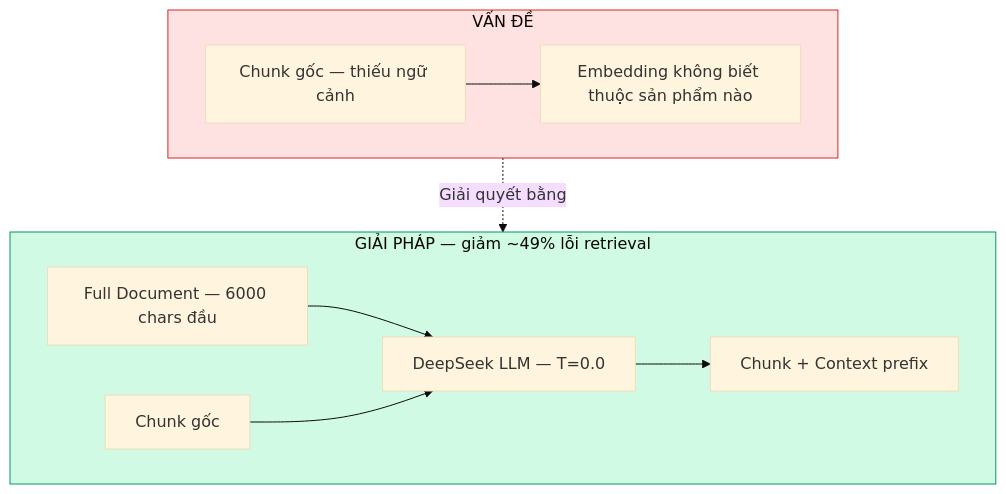
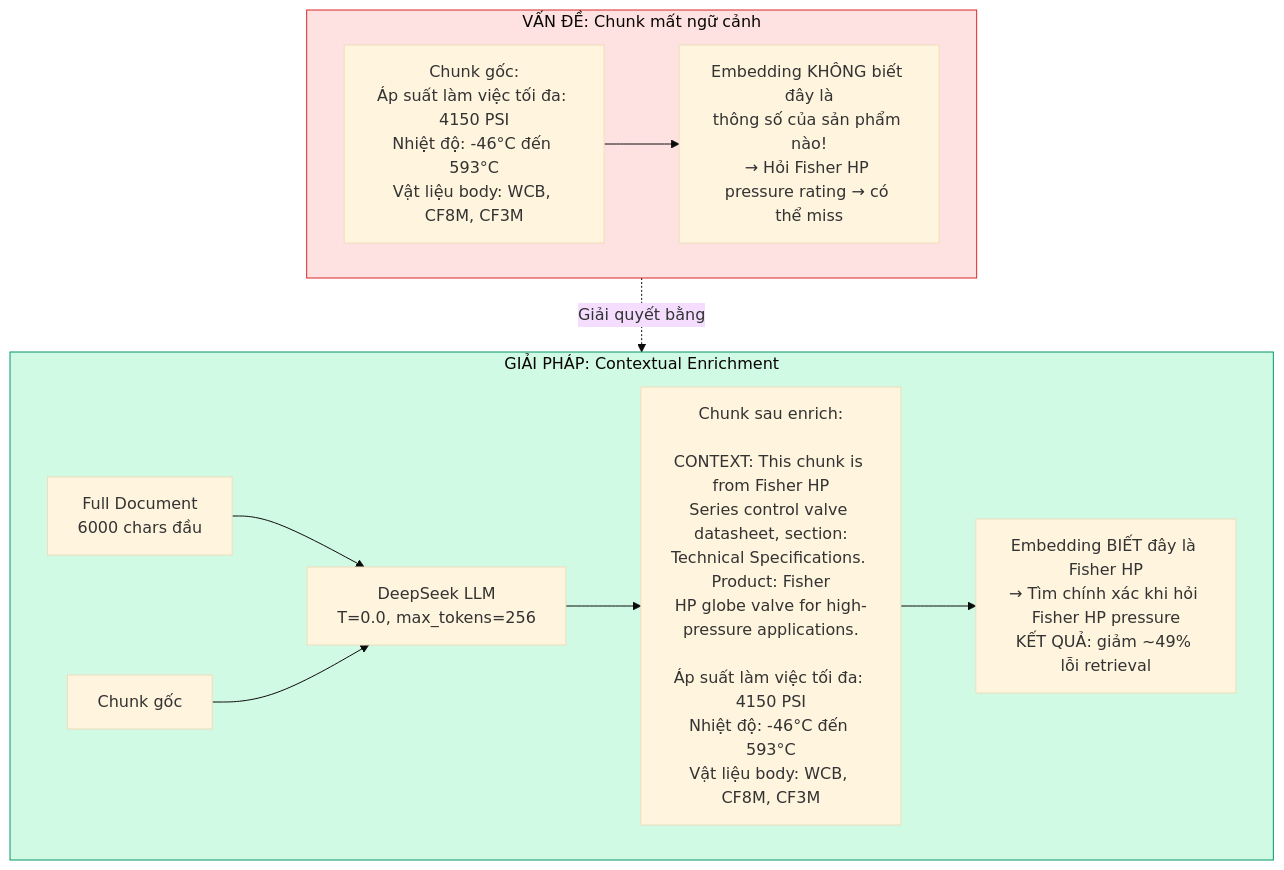
Before and after one commit to truongvinhkhuong/tdh-tte: the fifth of 15 diagrams in docs/ai-engine/rag-architecture.md, drawn with Mermaid (base theme). The commit also changed other lines of this file and 1 other file, not shown here.

Commit message:
change specifications from text to textarea

````diff
--- a/docs/ai-engine/rag-architecture.md
+++ b/docs/ai-engine/rag-architecture.md
@@ -130,23 +141,25 @@
 ```mermaid
 graph TD
-    subgraph Problem["VẤN ĐỀ"]
-        Raw["Chunk gốc — thiếu ngữ cảnh"]
-        Issue["Embedding không biết thuộc sản phẩm nào"]
+    subgraph Problem["VẤN ĐỀ: Chunk mất ngữ cảnh"]
+        Raw["Chunk gốc:\nÁp suất làm việc tối đa: 4150 PSI\nNhiệt độ: -46°C đến 593°C\nVật liệu body: WCB, CF8M, CF3M"]
+        Issue["Embedding KHÔNG biết đây là\nthông số của sản phẩm nào!\n→ Hỏi Fisher HP pressure rating → có thể miss"]
         Raw --> Issue
     end
 
-    subgraph Solution["GIẢI PHÁP — giảm ~49% lỗi retrieval"]
-        FullDoc["Full Document — 6000 chars đầu"]
+    subgraph Solution["GIẢI PHÁP: Contextual Enrichment"]
+        FullDoc["Full Document\n6000 chars đầu"]
         ChunkIn["Chunk gốc"]
-        LLM["DeepSeek LLM — T=0.0"]
-        Enriched["Chunk + Context prefix"]
+        LLM["DeepSeek LLM\nT=0.0, max_tokens=256"]
+        Enriched["Chunk sau enrich:\n\nCONTEXT: This chunk is from Fisher HP\nSeries control valve datasheet, section:\nTechnical Specifications. Product: Fisher\nHP globe valve for high-pressure applications.\n\nÁp suất làm việc tối đa: 4150 PSI\nNhiệt độ: -46°C đến 593°C\nVật liệu body: WCB, CF8M, CF3M"]
+        Result["Embedding BIẾT đây là Fisher HP\n→ Tìm chính xác khi hỏi Fisher HP pressure\nKẾT QUẢ: giảm ~49% lỗi retrieval"]
+
         FullDoc --> LLM
         ChunkIn --> LLM
-        LLM --> Enriched
+        LLM --> Enriched --> Result
     end
 
     Problem -.->|"Giải quyết bằng"| Solution
 
     style Problem fill:#fee2e2,stroke:#dc2626
     style Solution fill:#d1fae5,stroke:#059669
 ```
````
